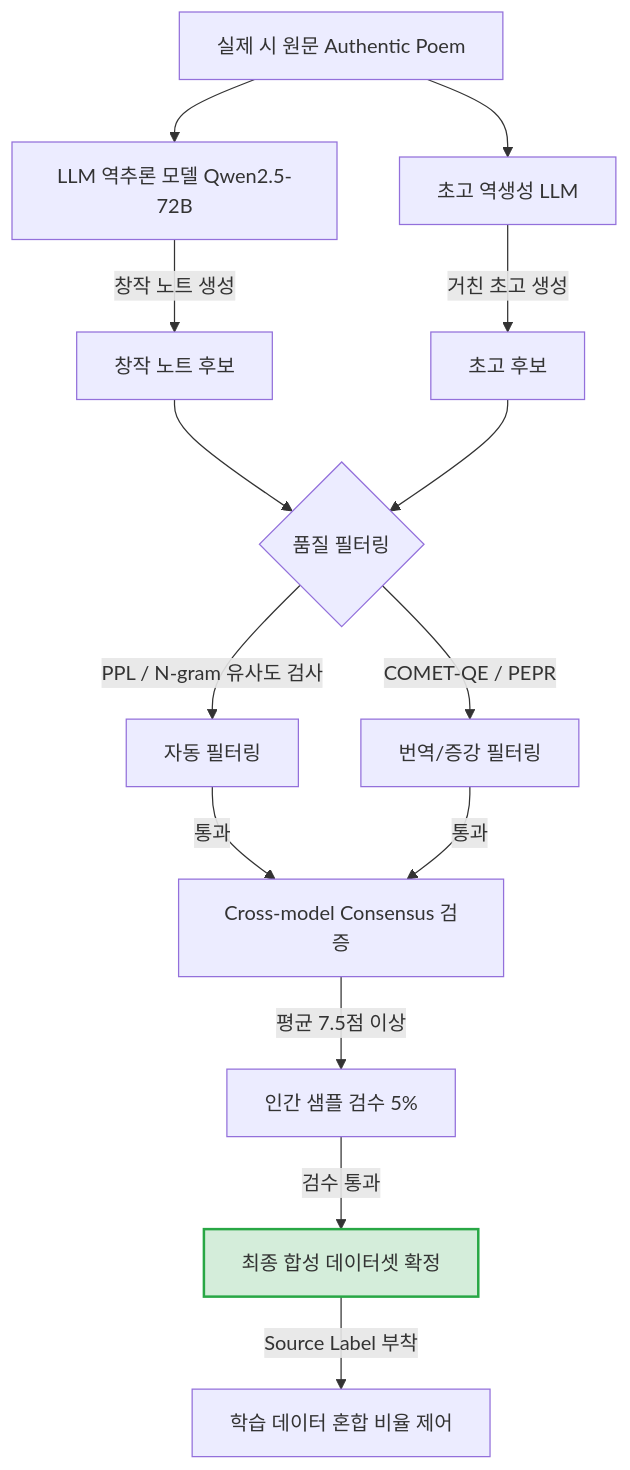
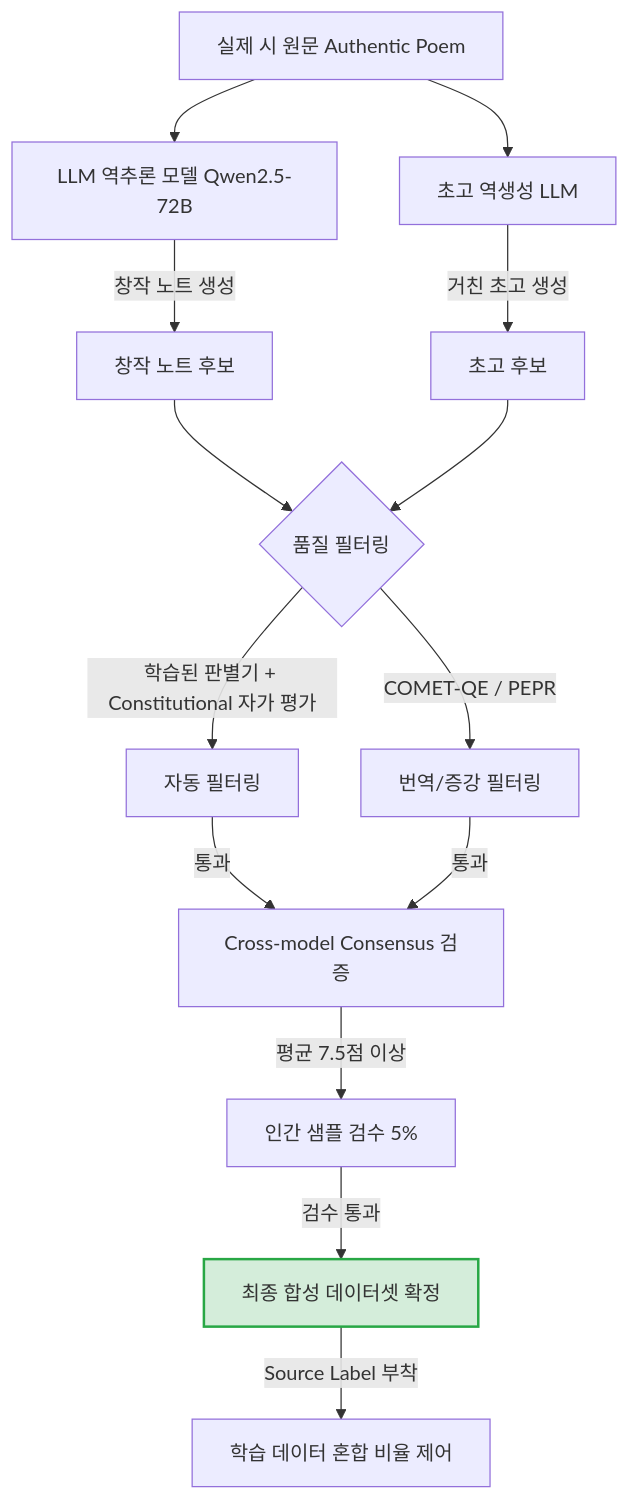
Before and after one commit to YiTanJang/poetry-llm: the diagram in poetry-llm/data/augmentation.md, drawn with Mermaid. The commit also changed other lines of this file and 3 other files, not shown here.

````diff
--- a/poetry-llm/data/augmentation.md
+++ b/poetry-llm/data/augmentation.md
@@ -367,22 +314,22 @@
 ```mermaid
 graph TD
     A[실제 시 원문 Authentic Poem] --> B[LLM 역추론 모델 Qwen2.5-72B]
     B -->|창작 노트 생성| C[창작 노트 후보]
     A --> D[초고 역생성 LLM]
     D -->|거친 초고 생성| E[초고 후보]
-    
+
     C --> F{품질 필터링}
     E --> F
-    
-    F -->|PPL / N-gram 유사도 검사| G[자동 필터링]
+
+    F -->|학습된 판별기 + Constitutional 자가 평가| G[자동 필터링]
     F -->|COMET-QE / PEPR| H[번역/증강 필터링]
-    
+
     G -->|통과| I[Cross-model Consensus 검증]
     H -->|통과| I
-    
+
     I -->|평균 7.5점 이상| J[인간 샘플 검수 5%]
     J -->|검수 통과| K[최종 합성 데이터셋 확정]
     K -->|Source Label 부착| L[학습 데이터 혼합 비율 제어]
-    
+
     style K fill:#d4edda,stroke:#28a745,stroke-width:2px
 ```
````
